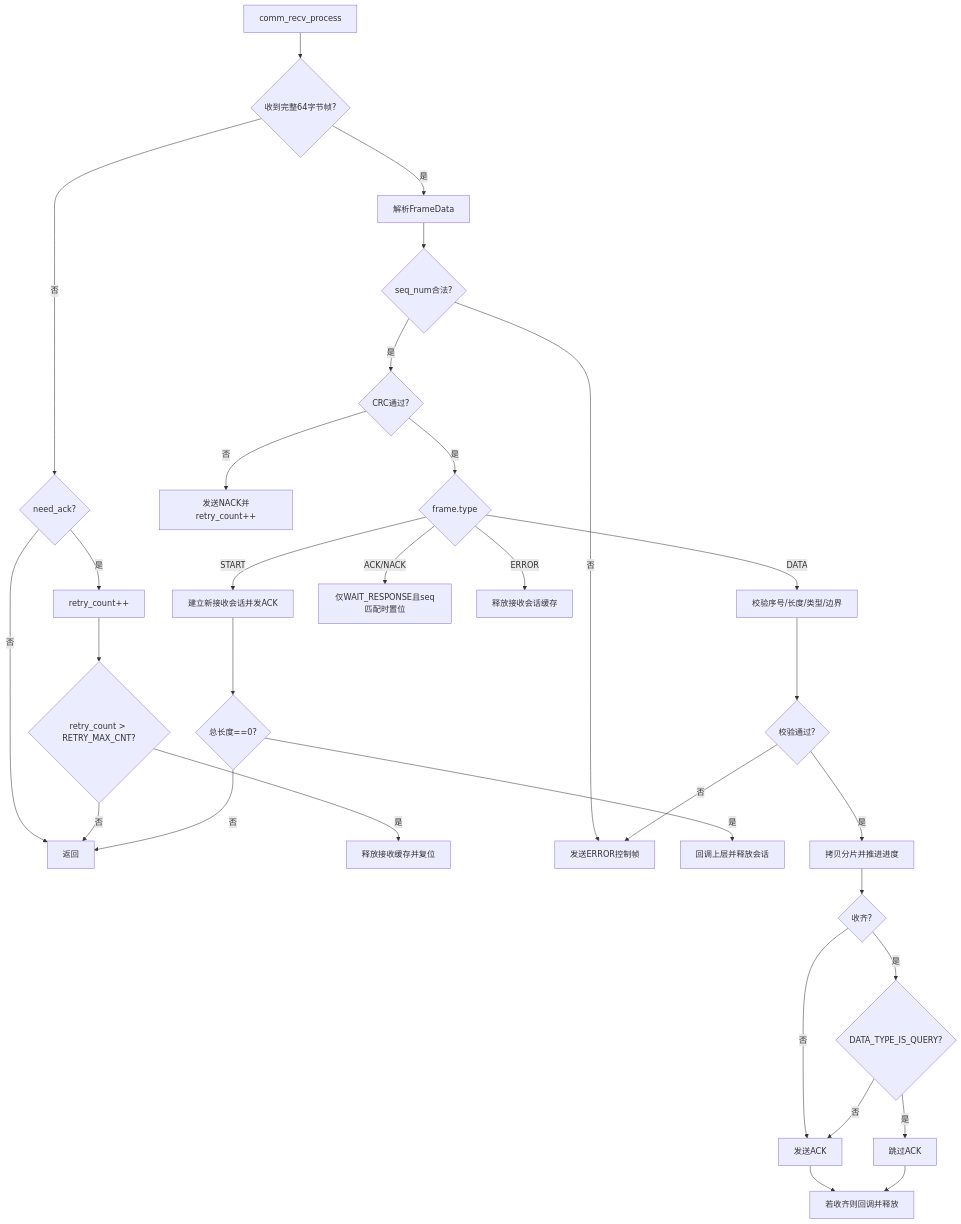
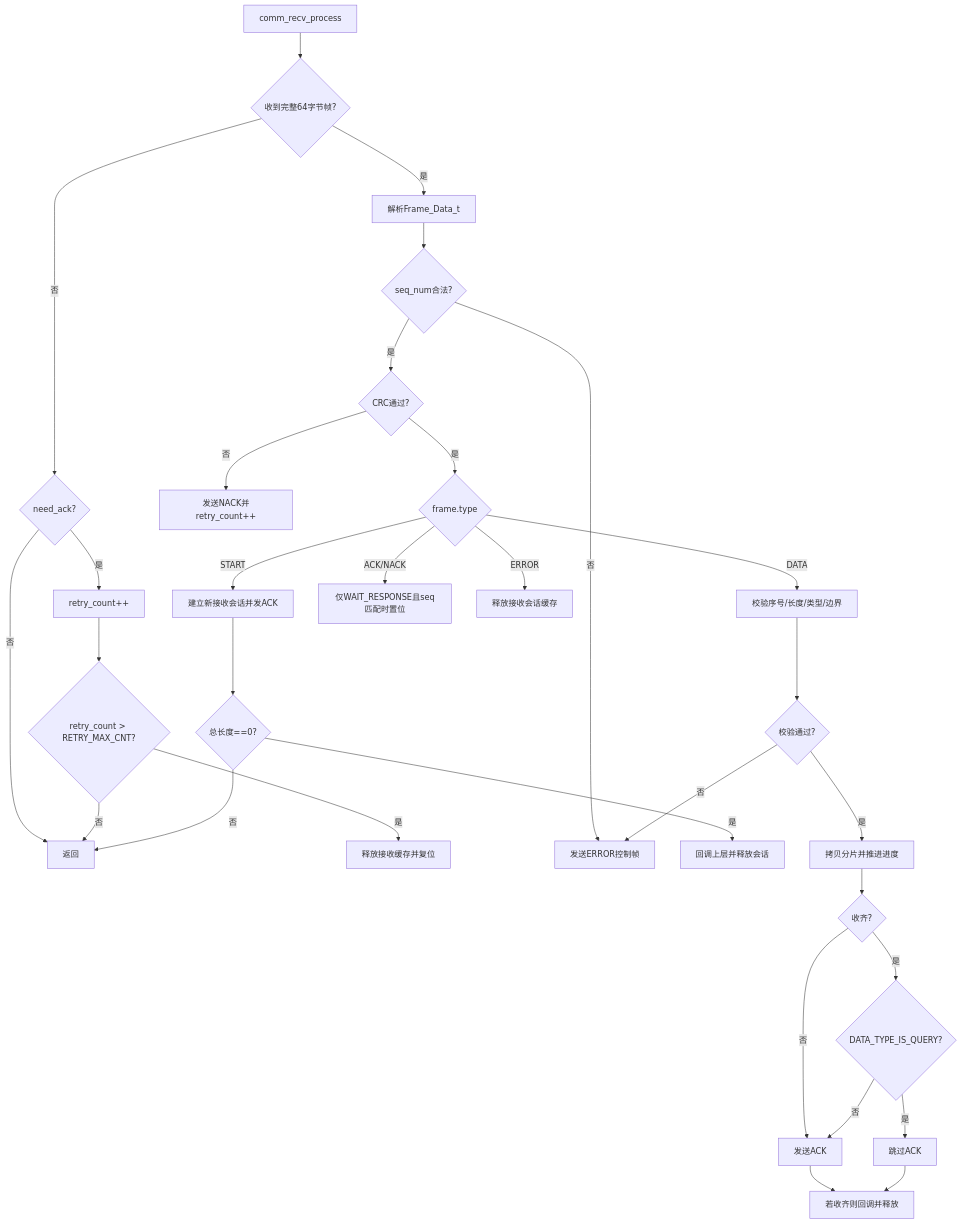
One commit to xiaowine/KeyBoard-CH32V203 changed the first of 3 diagrams in docs/comm_controller.md. Above: the diagram before and after it, drawn with Mermaid. The commit also changed other lines of this file and 19 other files, not shown here.

````diff
--- a/docs/comm_controller.md
+++ b/docs/comm_controller.md
@@ -108,37 +108,37 @@
 ```mermaid
 flowchart TD
     A[comm_recv_process] --> B{收到完整64字节帧?}
     B -- 否 --> C{need_ack?}
     C -- 是 --> D[retry_count++]
     C -- 否 --> Z[返回]
     D --> E{retry_count > RETRY_MAX_CNT?}
     E -- 是 --> F[释放接收缓存并复位]
     E -- 否 --> Z
 
-    B -- 是 --> G[解析FrameData]
+    B -- 是 --> G[解析Frame_Data_t]
     G --> H{seq_num合法?}
     H -- 否 --> I[发送ERROR控制帧]
     H -- 是 --> J{CRC通过?}
     J -- 否 --> K[发送NACK并retry_count++]
     J -- 是 --> L{frame.type}
 
     L -- START --> M[建立新接收会话并发ACK]
     M --> N{总长度==0?}
     N -- 是 --> O[回调上层并释放会话]
     N -- 否 --> Z
 
     L -- DATA --> P[校验序号/长度/类型/边界]
     P --> Q{校验通过?}
     Q -- 否 --> I
     Q -- 是 --> R[拷贝分片并推进进度]
     R --> S{收齐?}
     S -- 否 --> T[发送ACK]
     S -- 是 --> U{DATA_TYPE_IS_QUERY?}
     U -- 是 --> V[跳过ACK]
     U -- 否 --> T
     T --> W[若收齐则回调并释放]
     V --> W
 
     L -- ACK/NACK --> X[仅WAIT_RESPONSE且seq匹配时置位]
     L -- ERROR --> Y[释放接收会话缓存]
 ```
````
